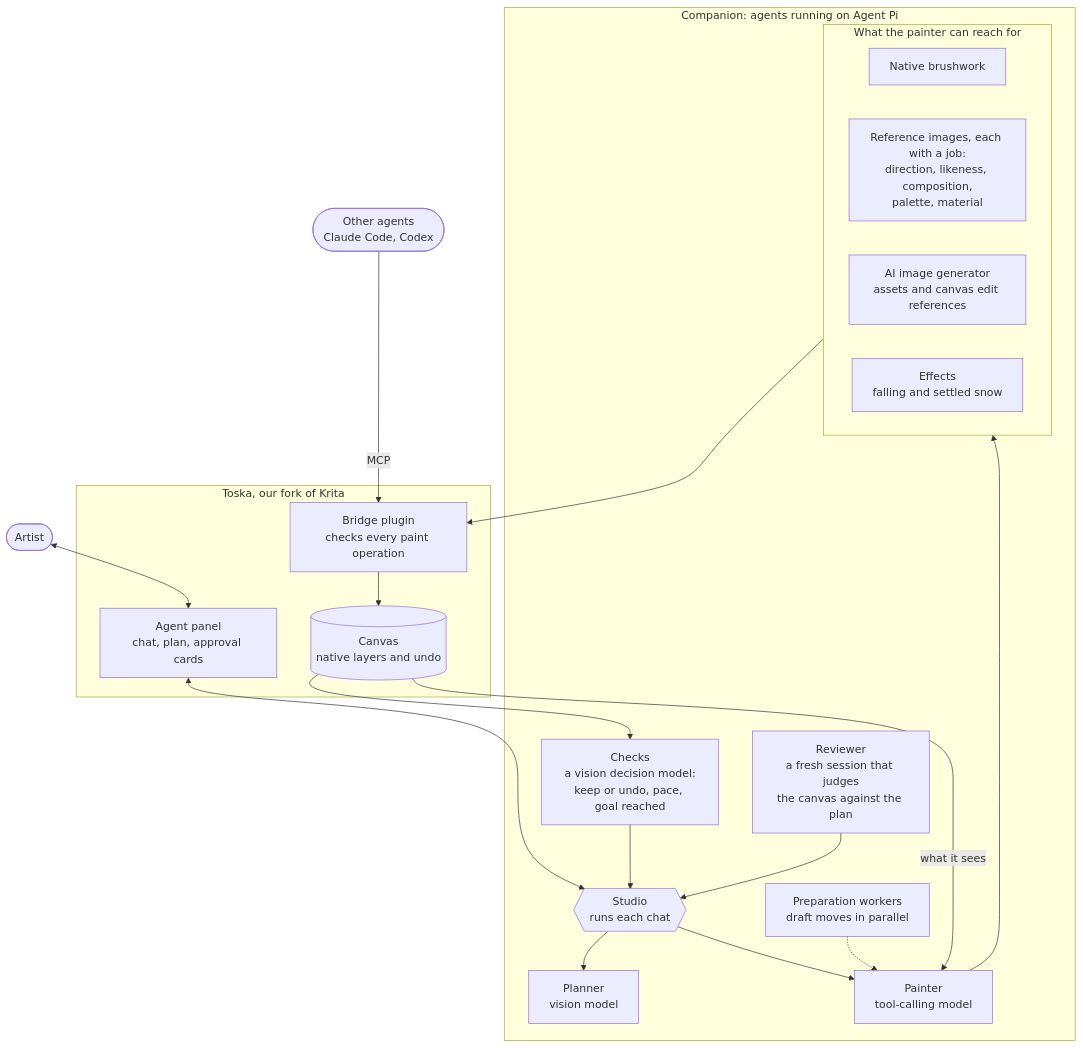
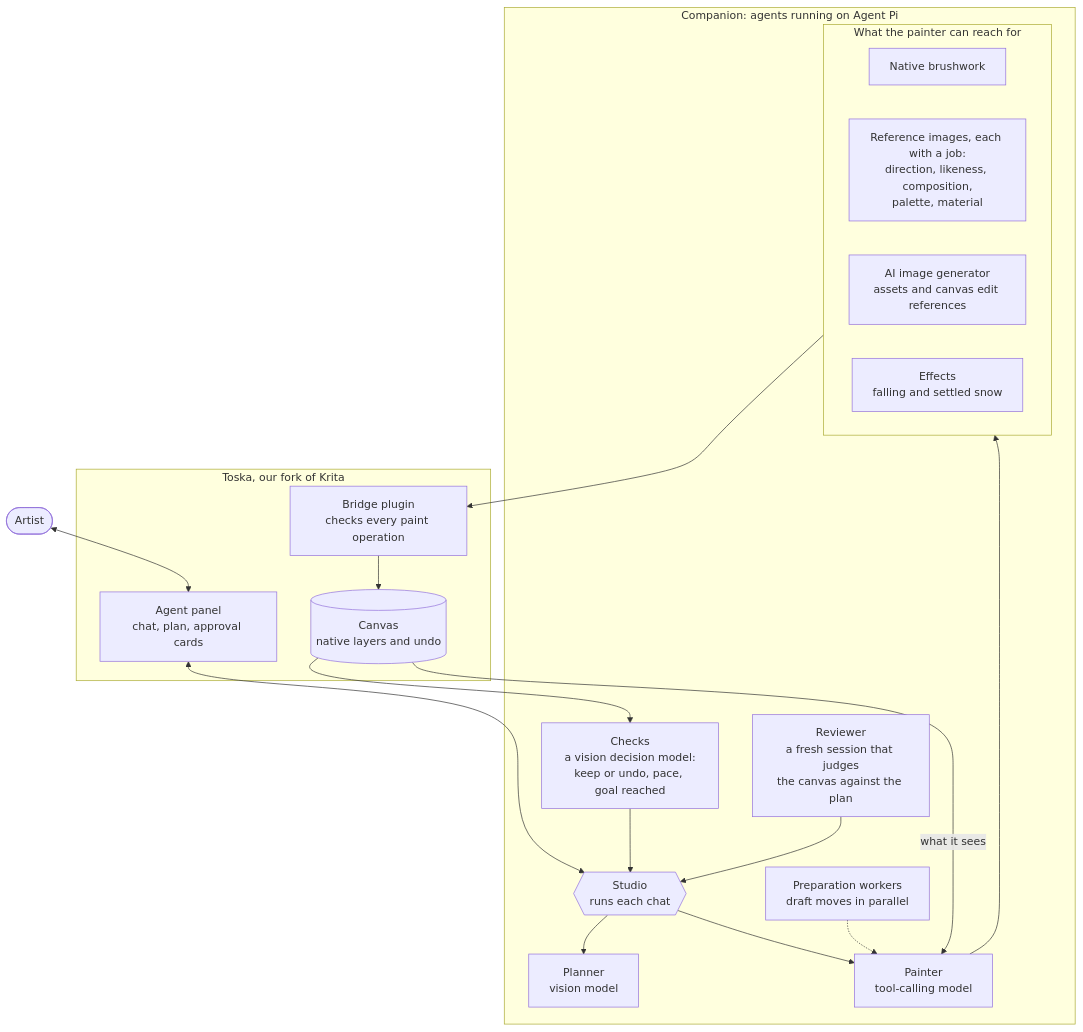
Before and after one commit to yak1234/krita-creative-agent: the diagram in creative-agent/krita-creative-agent/public-repo/README.md, drawn with Mermaid. The commit also changed other lines of this file, not shown here.

Commit message:
README: MCP is a developer tool, out of the architecture diagram; one line says so

````diff
--- a/creative-agent/krita-creative-agent/public-repo/README.md
+++ b/creative-agent/krita-creative-agent/public-repo/README.md
@@ -30,40 +30,38 @@
 ```mermaid
 flowchart TB
   artist(["Artist"])
-  outside(["Other agents<br/>Claude Code, Codex"])
 
   subgraph toska["Toska, our fork of Krita"]
     panel["Agent panel<br/>chat, plan, approval cards"]
     bridge["Bridge plugin<br/>checks every paint operation"]
     canvas[("Canvas<br/>native layers and undo")]
     bridge --> canvas
   end
 
   subgraph pi["Companion: agents running on Agent Pi"]
     studio{{"Studio<br/>runs each chat"}}
     planner["Planner<br/>vision model"]
     painter["Painter<br/>tool-calling model"]
     prep["Preparation workers<br/>draft moves in parallel"]
     reviewer["Reviewer<br/>a fresh session that judges<br/>the canvas against the plan"]
     checks["Checks<br/>a vision decision model:<br/>keep or undo, pace, goal reached"]
     subgraph kit["What the painter can reach for"]
       brushes["Native brushwork"]
       refs["Reference images, each with a job:<br/>direction, likeness, composition,<br/>palette, material"]
       images["AI image generator<br/>assets and canvas edit references"]
       effects["Effects<br/>falling and settled snow"]
     end
   end
 
   artist <--> panel
   panel <--> studio
   studio --> planner
   studio --> painter
   prep -.-> painter
   painter --> kit
   kit --> bridge
   canvas -- "what it sees" --> painter
   canvas --> checks
   checks --> studio
   reviewer --> studio
-  outside -- MCP --> bridge
 ```
````
